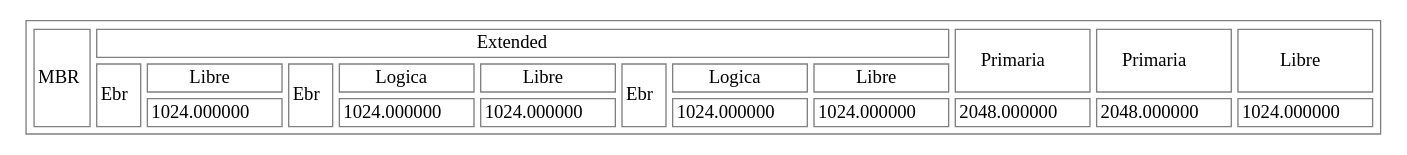
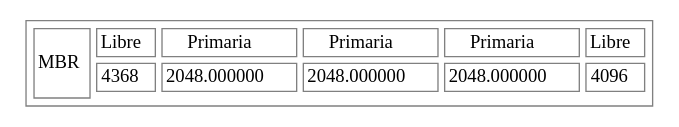
One commit to erick-alvarado/MIA-P1 changed the diagram in Main/DSK.dot. Above: the diagram before and after it, drawn with Graphviz. The commit also changed 4 other files, not shown here.

```diff
--- a/Main/DSK.dot
+++ b/Main/DSK.dot
@@ -1,34 +1,22 @@
 digraph test {
  parent [ 
  shape=plaintext 
  label=< 
  <table color='grey' border='1' cellborder='1' cellspacing='5'> 
  <tr>
 <td rowspan='3'>MBR</td>
-<td colspan='8'>Extended</td>
-<td rowspan='2'>Primaria</td>
-<td rowspan='2'>Primaria</td>
-<td rowspan='2'>Libre</td>
+<td rowspan='1'>Libre</td>
+<td rowspan='1'>Primaria</td>
+<td rowspan='1'>Primaria</td>
+<td rowspan='1'>Primaria</td>
+<td rowspan='1'>Libre</td>
 </tr>
-<tr>
-<td rowspan ='2'>Ebr</td>
-<td>Libre</td>
-<td rowspan ='2'>Ebr</td>
-<td>Logica</td>
-<td>Libre</td>
-<td rowspan ='2'>Ebr</td>
-<td>Logica</td>
-<td>Libre</td>
-</tr>
-<tr><td>1024.000000</td>
-<td>1024.000000</td>
-<td>1024.000000</td>
-<td>1024.000000</td>
-<td>1024.000000</td>
+<tr><td>4368</td>
 <td>2048.000000</td>
 <td>2048.000000</td>
-<td>1024.000000</td>
+<td>2048.000000</td>
+<td>4096</td>
 </tr>
 </table>
  >]; 
  }
```
